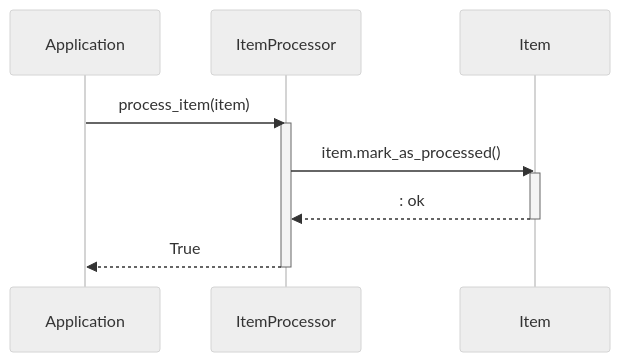
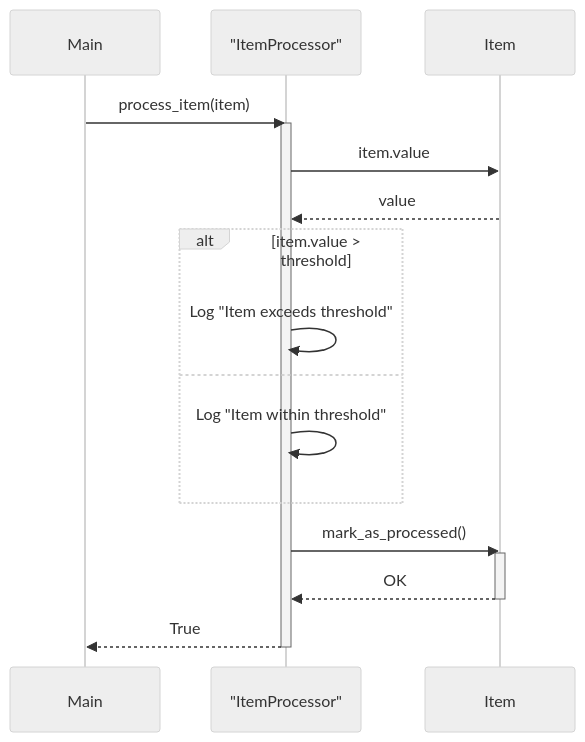
The diagram in output/python-sample-project/04_item-processing.md (OpenXFlow/sourceLensAI), drawn with Mermaid (neutral theme) before and after one commit. The commit also changed other lines of this file and 15 other files, not shown here.

````diff
--- a/output/python-sample-project/04_item-processing.md
+++ b/output/python-sample-project/04_item-processing.md
@@ -86,14 +35,21 @@
 ```mermaid
 sequenceDiagram
-    participant App as Application
-    participant IP as ItemProcessor
+    participant Main
+    participant IP as "ItemProcessor"
     participant Item
-    App->>IP: process_item(item)
+    Main->>IP: process_item(item)
     activate IP
-    IP->>Item: item.mark_as_processed()
+    IP->>Item: item.value
+    Item-->>IP: value
+    alt item.value > threshold
+        IP->>IP: Log "Item exceeds threshold"
+    else
+        IP->>IP: Log "Item within threshold"
+    end
+    IP->>Item: mark_as_processed()
     activate Item
-    Item-->>IP: : ok
+    Item-->>IP: OK
     deactivate Item
-    IP-->>App: True
+    IP-->>Main: True
     deactivate IP
 ```
````
